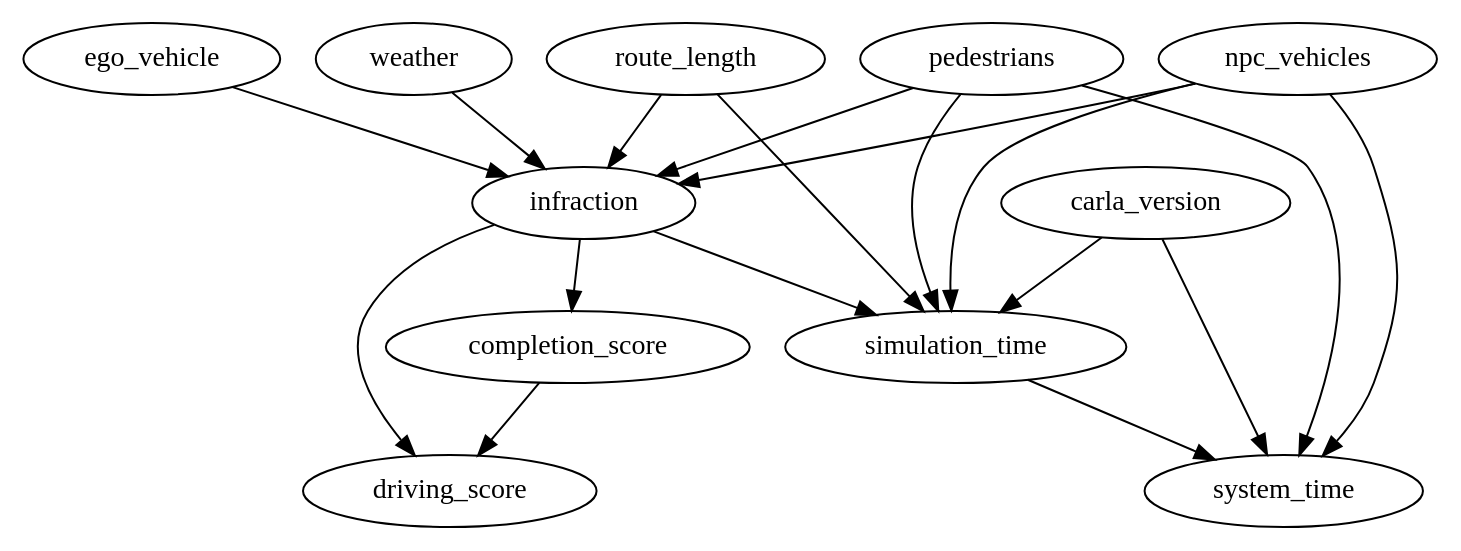
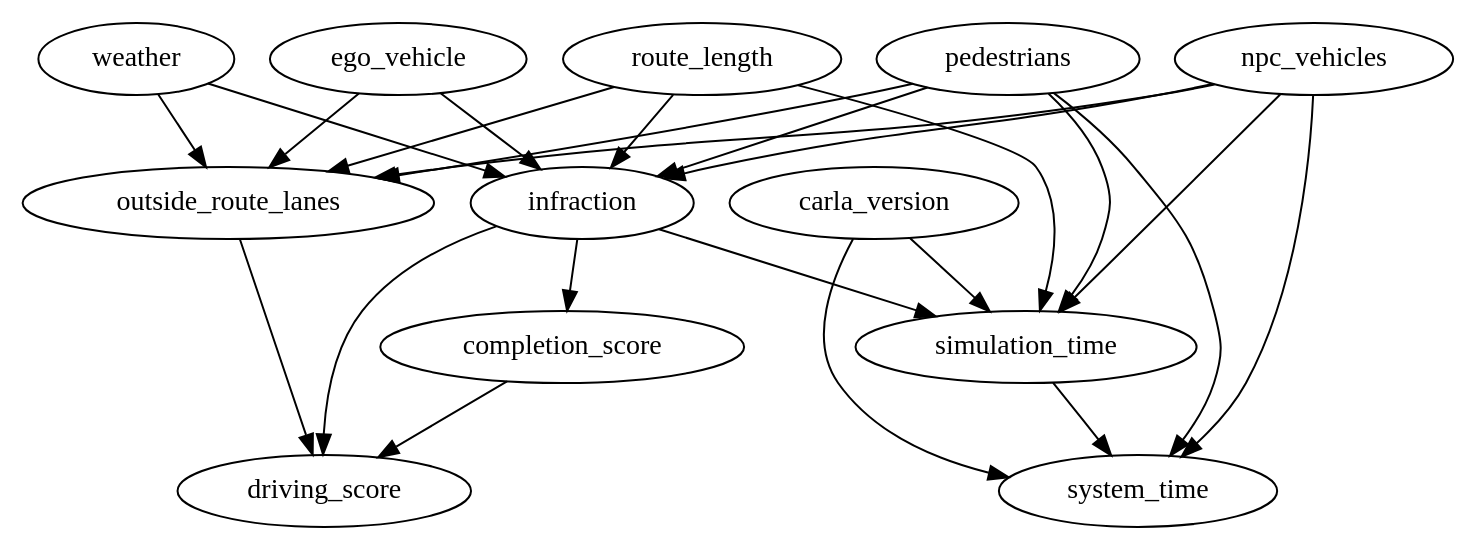
One commit to CITCOM-project/carla-case-study changed the diagram in studied-cases/dag.dot. Above: the diagram before and after it, drawn with Graphviz.

Commit message:
added outside lanes to the dag

```diff
--- a/studied-cases/dag.dot
+++ b/studied-cases/dag.dot
@@ -1,18 +1,25 @@
 digraph dag {
 "completion_score" -> "driving_score";
 "carla_version" -> "simulation_time";
 "carla_version" -> "system_time";
 "route_length" -> "simulation_time";
 "route_length" -> "infraction";
+"route_length" -> "outside_route_lanes";
 "simulation_time" -> "system_time";
 "npc_vehicles" -> "simulation_time";
 "npc_vehicles" -> "system_time";
 "npc_vehicles" -> "infraction";
+"npc_vehicles" -> "outside_route_lanes";
 "ego_vehicle" -> "infraction";
+"ego_vehicle" -> "outside_route_lanes";
 "weather" -> "infraction";
+"weather" -> "outside_route_lanes";
 "infraction" -> "completion_score";
 "infraction" -> "driving_score";
+"outside_route_lanes" -> "driving_score";
 "infraction" -> "simulation_time";
 "pedestrians" -> "simulation_time";
 "pedestrians" -> "system_time";
-"pedestrians" -> "infraction";}
+"pedestrians" -> "infraction";
+"pedestrians" -> "outside_route_lanes";
+}
```
